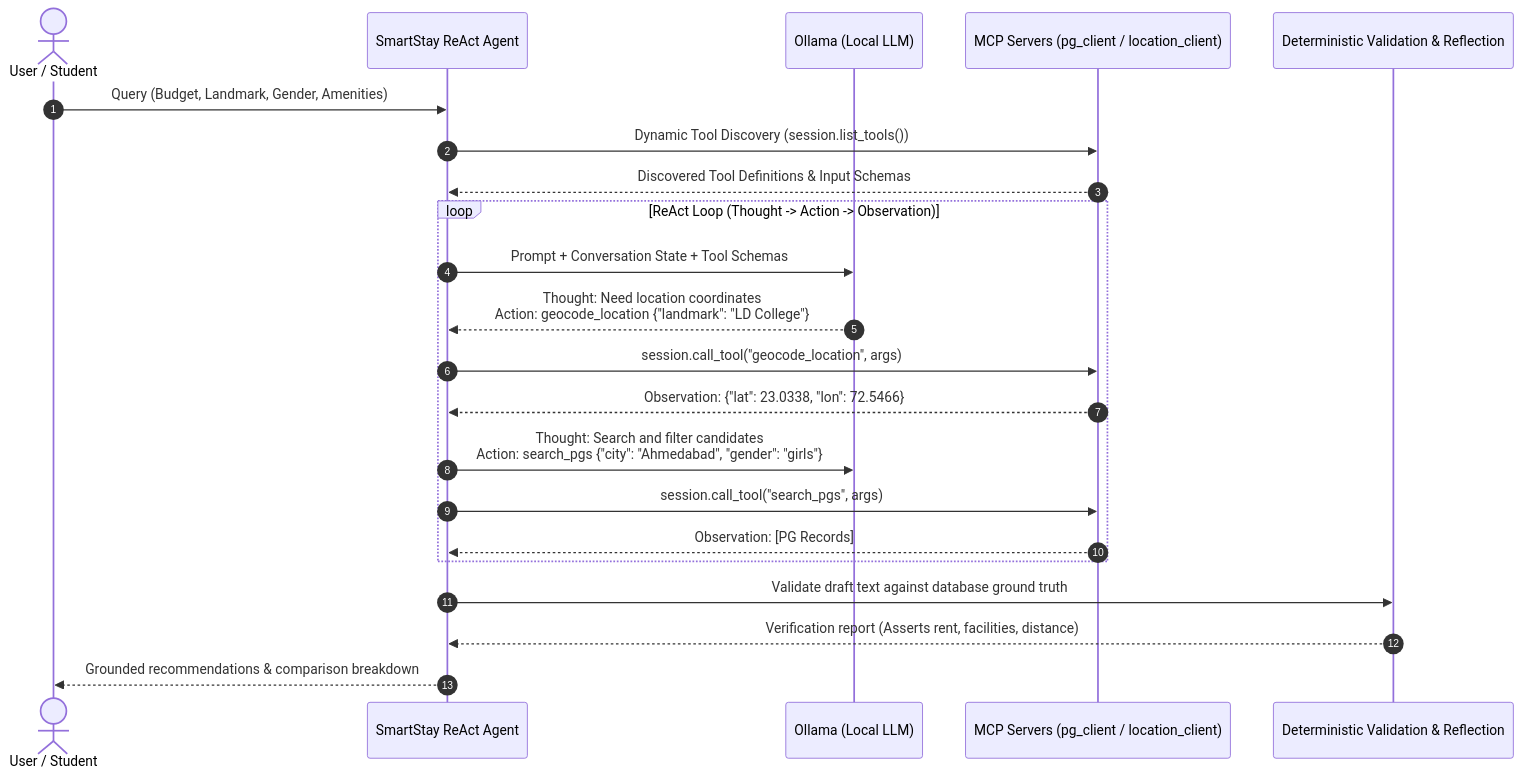
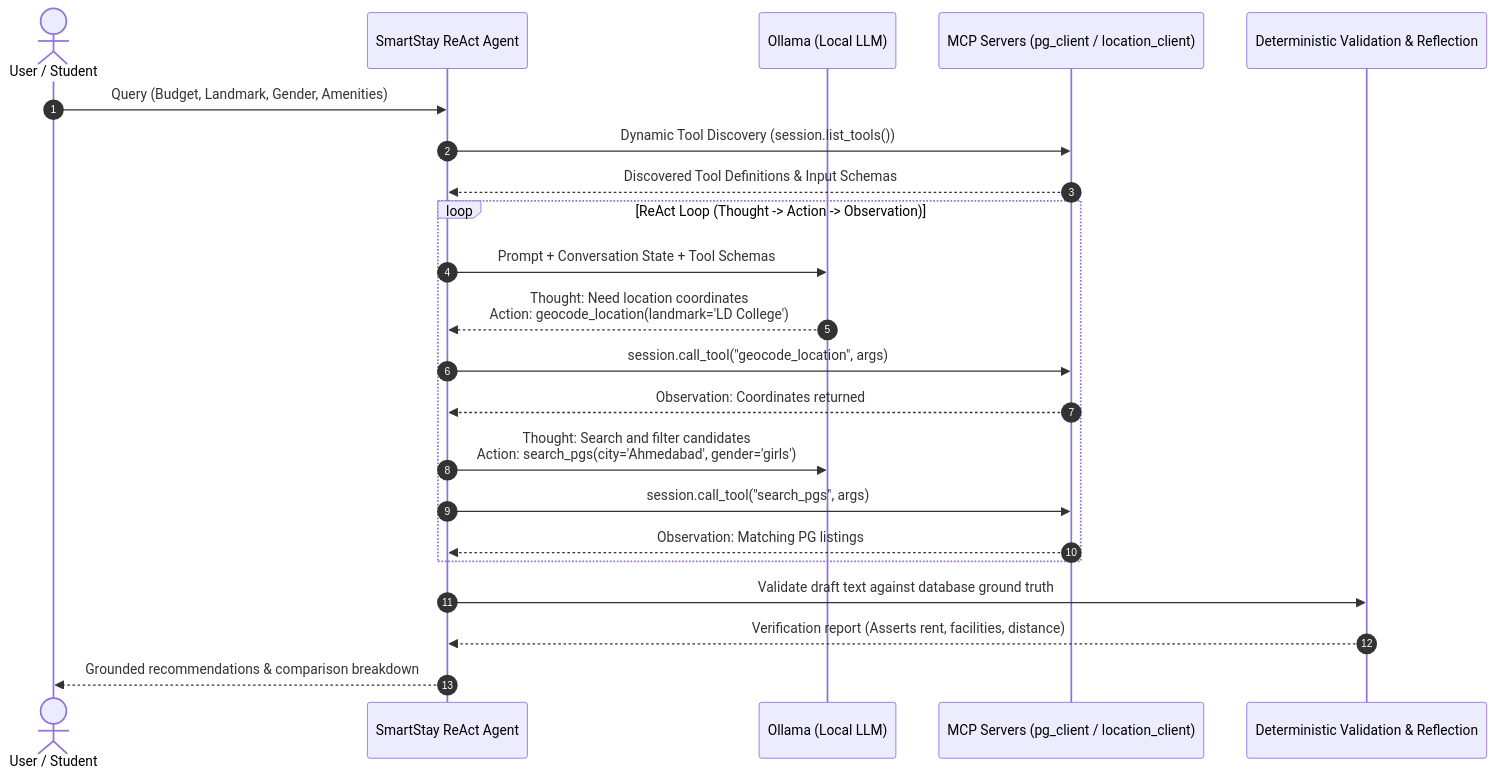
Before and after one commit to PS-kavya-patel/SmartStay-AI-PG-Finder: the second of 2 diagrams in README.md, drawn with Mermaid. The commit also changed other lines of this file and 1 other file, not shown here.

First line of the commit message:
fix(docs): resolve Mermaid diagram rendering error in README and architecture

````diff
--- a/README.md
+++ b/README.md
@@ -74,27 +74,27 @@
 ```mermaid
 sequenceDiagram
     autonumber
     actor User as User / Student
     participant Agent as SmartStay ReAct Agent
     participant LLM as Ollama (Local LLM)
     participant MCP as MCP Servers (pg_client / location_client)
     participant Guard as Deterministic Validation & Reflection
 
     User->>Agent: Query (Budget, Landmark, Gender, Amenities)
     Agent->>MCP: Dynamic Tool Discovery (session.list_tools())
     MCP-->>Agent: Discovered Tool Definitions & Input Schemas
     
     loop ReAct Loop (Thought -> Action -> Observation)
         Agent->>LLM: Prompt + Conversation State + Tool Schemas
-        LLM-->>Agent: Thought: Need location coordinates<br/>Action: geocode_location {"landmark": "LD College"}
+        LLM-->>Agent: Thought: Need location coordinates<br/>Action: geocode_location(landmark='LD College')
         Agent->>MCP: session.call_tool("geocode_location", args)
-        MCP-->>Agent: Observation: {"lat": 23.0338, "lon": 72.5466}
-        Agent->>LLM: Thought: Search and filter candidates<br/>Action: search_pgs {"city": "Ahmedabad", "gender": "girls"}
+        MCP-->>Agent: Observation: Coordinates returned
+        Agent->>LLM: Thought: Search and filter candidates<br/>Action: search_pgs(city='Ahmedabad', gender='girls')
         Agent->>MCP: session.call_tool("search_pgs", args)
-        MCP-->>Agent: Observation: [PG Records]
+        MCP-->>Agent: Observation: Matching PG listings
     end
 
     Agent->>Guard: Validate draft text against database ground truth
     Guard-->>Agent: Verification report (Asserts rent, facilities, distance)
     Agent-->>User: Grounded recommendations & comparison breakdown
 ```
````
